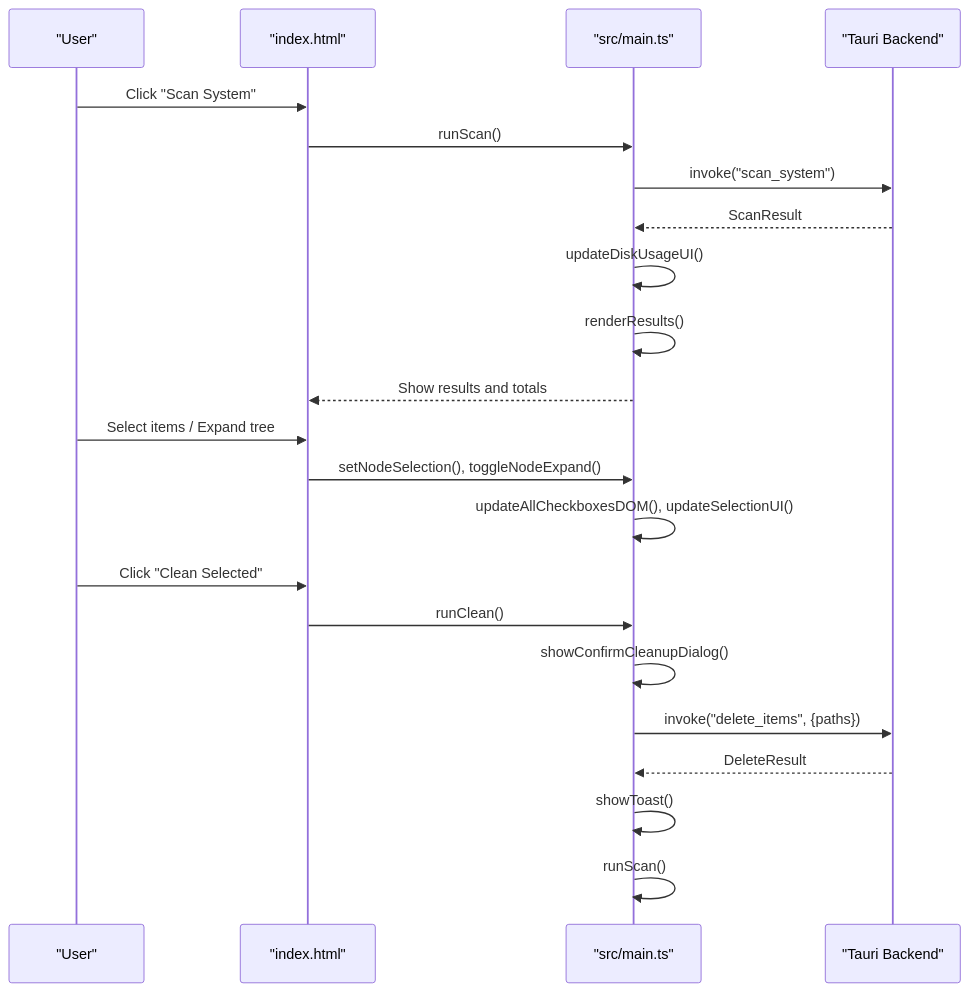
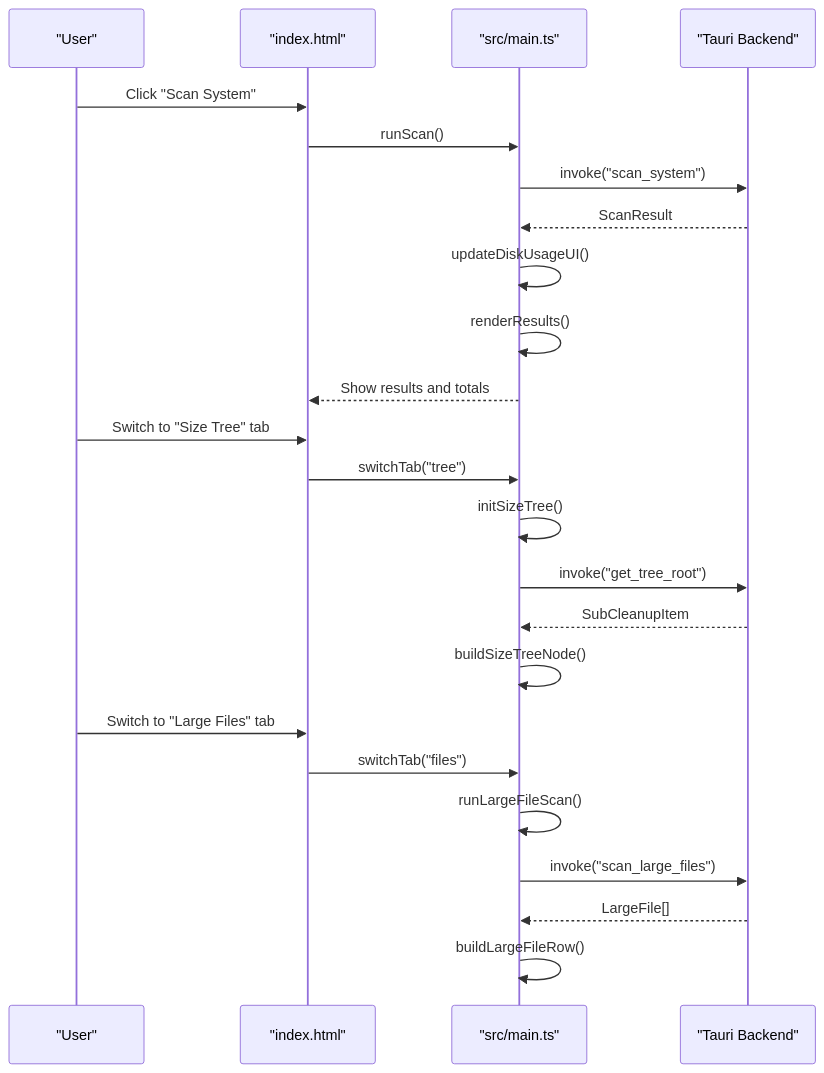
The second of 12 diagrams in .qoder/repowiki/en/content/Technical Implementation Details/Frontend Architecture (TypeScript)/Frontend Architecture (TypeScript).md (mrtruongleo/FreeSpaceMacos), drawn with Mermaid before and after one commit. The commit also changed other lines of this file and 31 other files, not shown here.

````diff
--- a/.qoder/repowiki/en/content/Technical Implementation Details/Frontend Architecture (TypeScript)/Frontend Architecture (TypeScript).md
+++ b/.qoder/repowiki/en/content/Technical Implementation Details/Frontend Architecture (TypeScript)/Frontend Architecture (TypeScript).md
@@ -76,24 +91,26 @@
 ```mermaid
 sequenceDiagram
 participant User as "User"
 participant UI as "index.html"
 participant App as "src/main.ts"
 participant Tauri as "Tauri Backend"
 User->>UI : Click "Scan System"
 UI->>App : runScan()
 App->>Tauri : invoke("scan_system")
 Tauri-->>App : ScanResult
 App->>App : updateDiskUsageUI()
 App->>App : renderResults()
 App-->>UI : Show results and totals
-User->>UI : Select items / Expand tree
-UI->>App : setNodeSelection(), toggleNodeExpand()
-App->>App : updateAllCheckboxesDOM(), updateSelectionUI()
-User->>UI : Click "Clean Selected"
-UI->>App : runClean()
-App->>App : showConfirmCleanupDialog()
-App->>Tauri : invoke("delete_items", {paths})
-Tauri-->>App : DeleteResult
-App->>App : showToast()
-App->>App : runScan()
+User->>UI : Switch to "Size Tree" tab
+UI->>App : switchTab("tree")
+App->>App : initSizeTree()
+App->>Tauri : invoke("get_tree_root")
+Tauri-->>App : SubCleanupItem
+App->>App : buildSizeTreeNode()
+User->>UI : Switch to "Large Files" tab
+UI->>App : switchTab("files")
+App->>App : runLargeFileScan()
+App->>Tauri : invoke("scan_large_files")
+Tauri-->>App : LargeFile[]
+App->>App : buildLargeFileRow()
 ```
````
